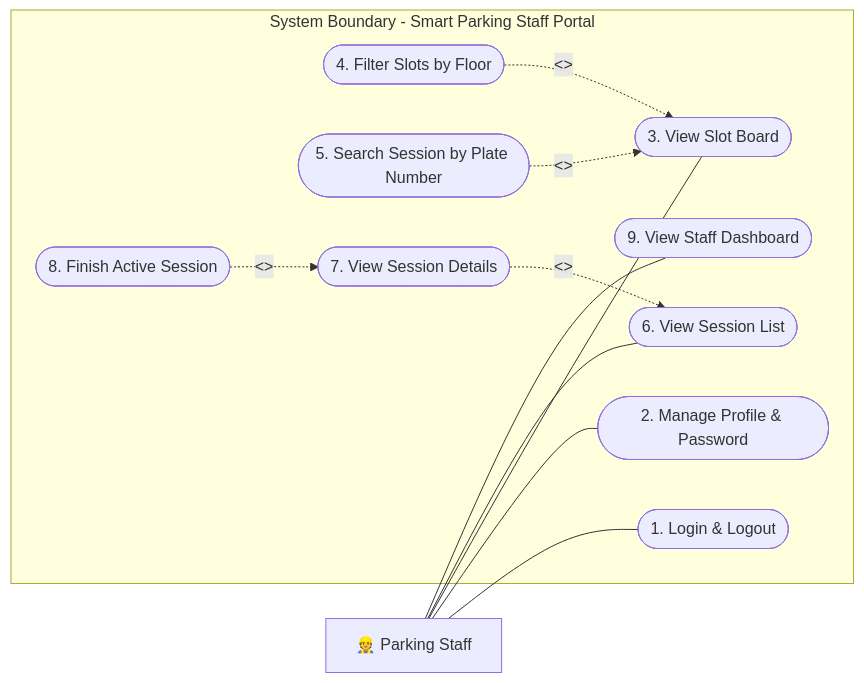
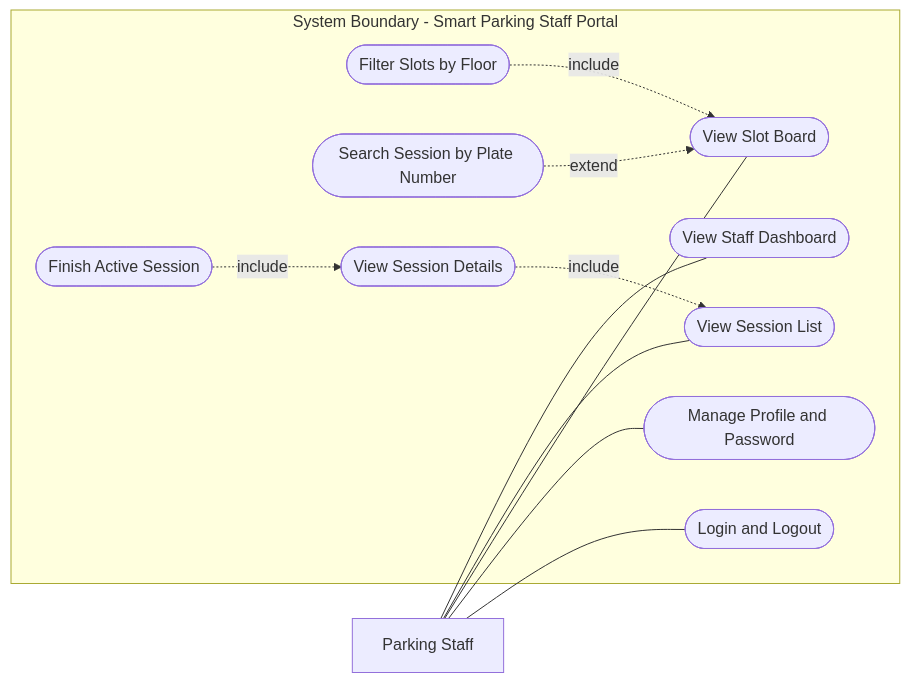
One commit to kxunsithu/smart-parking-lot-system changed the fifth of 16 diagrams in docs/Smart_Parking_Lot_System_Documentation.md. Above: the diagram before and after it, drawn with Mermaid. The commit also changed other lines of this file and 1 other file, not shown here.

````diff
--- a/docs/Smart_Parking_Lot_System_Documentation.md
+++ b/docs/Smart_Parking_Lot_System_Documentation.md
@@ -726,28 +770,28 @@
 ```mermaid
 graph LR
-    Staff["👷 Parking Staff"]
+    Staff["Parking Staff"]
 
     subgraph "System Boundary - Smart Parking Staff Portal"
-        A1(["1. Login & Logout"])
-        A2(["2. Manage Profile & Password"])
-        B1(["3. View Slot Board"])
-        B2(["4. Filter Slots by Floor"])
-        B3(["5. Search Session by Plate Number"])
-        C1(["6. View Session List"])
-        C2(["7. View Session Details"])
-        C3(["8. Finish Active Session"])
-        D1(["9. View Staff Dashboard"])
+        A1(["Login and Logout"])
+        A2(["Manage Profile and Password"])
+        B1(["View Slot Board"])
+        B2(["Filter Slots by Floor"])
+        B3(["Search Session by Plate Number"])
+        C1(["View Session List"])
+        C2(["View Session Details"])
+        C3(["Finish Active Session"])
+        D1(["View Staff Dashboard"])
     end
 
     Staff --- A1
     Staff --- A2
     Staff --- B1
     Staff --- C1
     Staff --- D1
 
-    %% include & extend relationships
-    B2 -.->|"<<include>>"| B1
-    C2 -.->|"<<include>>"| C1
-    C3 -.->|"<<include>>"| C2
-    B3 -.->|"<<extend>>"| B1
+    %% include and extend relationships
+    B2 -.->|include| B1
+    C2 -.->|include| C1
+    C3 -.->|include| C2
+    B3 -.->|extend| B1
 ```
````
